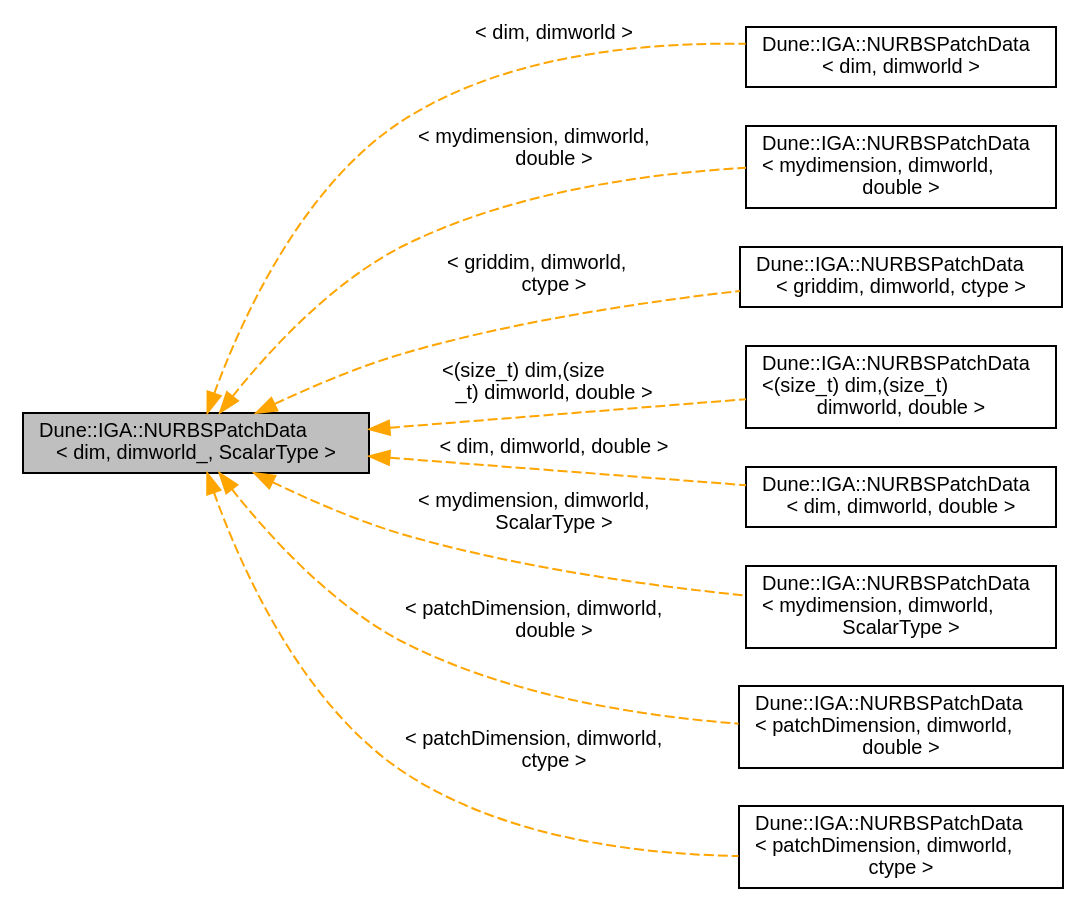
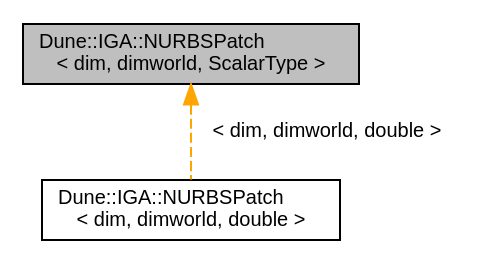
Before and after one commit to rath3t/dune-iga-doc: the diagram in d4/da0/a01291.dot, drawn with Graphviz. The commit also changed 834 other files, not shown here.

Commit message:
deploy: rath3t/dune-iga@4029b7012355f20c5551990b3dfaf1e790af0da3

```diff
--- a/d4/da0/a01291.dot
+++ b/d4/da0/a01291.dot
@@ -1,24 +1,9 @@
-digraph "Dune::IGA::NURBSPatchData&lt; dim, dimworld_, ScalarType &gt;"
+digraph "Dune::IGA::NURBSPatch&lt; dim, dimworld, ScalarType &gt;"
 {
  // LATEX_PDF_SIZE
   edge [fontname="Helvetica",fontsize="10",labelfontname="Helvetica",labelfontsize="10"];
   node [fontname="Helvetica",fontsize="10",shape=record];
-  rankdir="LR";
-  Node1 [label="Dune::IGA::NURBSPatchData\l\< dim, dimworld_, ScalarType \>",height=0.2,width=0.4,color="black", fillcolor="grey75", style="filled", fontcolor="black",tooltip="class that holds all data regarding the NURBS structure"];
-  Node1 -> Node2 [dir="back",color="orange",fontsize="10",style="dashed",label=" \< dim, dimworld \>" ,fontname="Helvetica"];
-  Node2 [label="Dune::IGA::NURBSPatchData\l\< dim, dimworld \>",height=0.2,width=0.4,color="black", fillcolor="white", style="filled",URL="$d8/d7a/a01292.html",tooltip=" "];
-  Node1 -> Node3 [dir="back",color="orange",fontsize="10",style="dashed",label=" \< mydimension, dimworld,\l double \>" ,fontname="Helvetica"];
-  Node3 [label="Dune::IGA::NURBSPatchData\l\< mydimension, dimworld,\l double \>",height=0.2,width=0.4,color="black", fillcolor="white", style="filled",URL="$d8/d7a/a01292.html",tooltip=" "];
-  Node1 -> Node4 [dir="back",color="orange",fontsize="10",style="dashed",label=" \< griddim, dimworld,\l ctype \>" ,fontname="Helvetica"];
-  Node4 [label="Dune::IGA::NURBSPatchData\l\< griddim, dimworld, ctype \>",height=0.2,width=0.4,color="black", fillcolor="white", style="filled",URL="$d8/d7a/a01292.html",tooltip=" "];
-  Node1 -> Node5 [dir="back",color="orange",fontsize="10",style="dashed",label=" \<(size_t) dim,(size\l_t) dimworld, double \>" ,fontname="Helvetica"];
-  Node5 [label="Dune::IGA::NURBSPatchData\l\<(size_t) dim,(size_t)\l dimworld, double \>",height=0.2,width=0.4,color="black", fillcolor="white", style="filled",URL="$d8/d7a/a01292.html",tooltip=" "];
-  Node1 -> Node6 [dir="back",color="orange",fontsize="10",style="dashed",label=" \< dim, dimworld, double \>" ,fontname="Helvetica"];
-  Node6 [label="Dune::IGA::NURBSPatchData\l\< dim, dimworld, double \>",height=0.2,width=0.4,color="black", fillcolor="white", style="filled",URL="$d8/d7a/a01292.html",tooltip=" "];
-  Node1 -> Node7 [dir="back",color="orange",fontsize="10",style="dashed",label=" \< mydimension, dimworld,\l ScalarType \>" ,fontname="Helvetica"];
-  Node7 [label="Dune::IGA::NURBSPatchData\l\< mydimension, dimworld,\l ScalarType \>",height=0.2,width=0.4,color="black", fillcolor="white", style="filled",URL="$d8/d7a/a01292.html",tooltip=" "];
-  Node1 -> Node8 [dir="back",color="orange",fontsize="10",style="dashed",label=" \< patchDimension, dimworld,\l double \>" ,fontname="Helvetica"];
-  Node8 [label="Dune::IGA::NURBSPatchData\l\< patchDimension, dimworld,\l double \>",height=0.2,width=0.4,color="black", fillcolor="white", style="filled",URL="$d8/d7a/a01292.html",tooltip=" "];
-  Node1 -> Node9 [dir="back",color="orange",fontsize="10",style="dashed",label=" \< patchDimension, dimworld,\l ctype \>" ,fontname="Helvetica"];
-  Node9 [label="Dune::IGA::NURBSPatchData\l\< patchDimension, dimworld,\l ctype \>",height=0.2,width=0.4,color="black", fillcolor="white", style="filled",URL="$d8/d7a/a01292.html",tooltip=" "];
+  Node1 [label="Dune::IGA::NURBSPatch\l\< dim, dimworld, ScalarType \>",height=0.2,width=0.4,color="black", fillcolor="grey75", style="filled", fontcolor="black",tooltip="Class where the NURBS geometry can work on."];
+  Node1 -> Node2 [dir="back",color="orange",fontsize="10",style="dashed",label=" \< dim, dimworld, double \>" ,fontname="Helvetica"];
+  Node2 [label="Dune::IGA::NURBSPatch\l\< dim, dimworld, double \>",height=0.2,width=0.4,color="black", fillcolor="white", style="filled",URL="$d8/d7a/a01292.html",tooltip=" "];
 }
```
